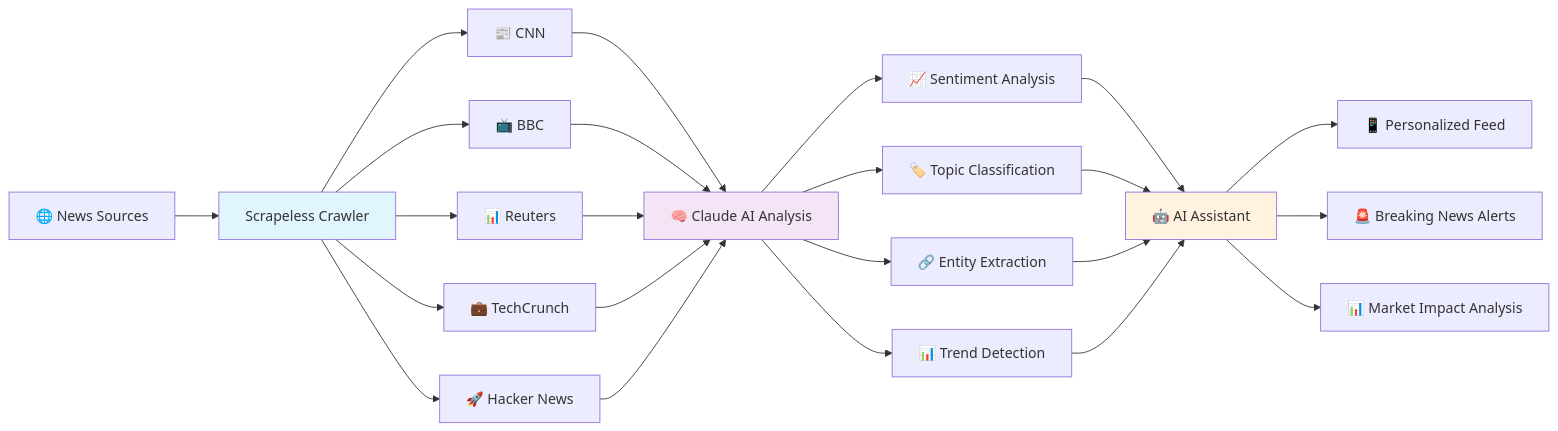
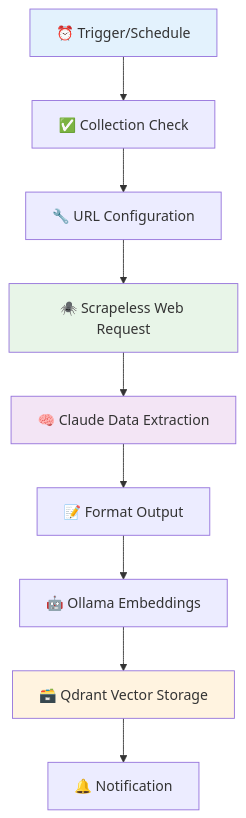
Before and after one commit to itsOwen/scrapeless: the fourth of 10 diagrams in README.md, drawn with Mermaid. The commit also changed other lines of this file, not shown here.

````diff
--- a/README.md
+++ b/README.md
@@ -733,34 +822,16 @@
 ```mermaid
-flowchart LR
-    A[🌐 News Sources] --> B[Scrapeless Crawler]
+flowchart TD
+    A[⏰ Trigger/Schedule] --> B[✅ Collection Check]
+    B --> C[🔧 URL Configuration]
+    C --> D[🕷️ Scrapeless Web Request]
+    D --> E[🧠 Claude Data Extraction]
+    E --> F[📝 Format Output]
+    F --> G[🤖 Ollama Embeddings]
+    G --> H[🗃️ Qdrant Vector Storage]
+    H --> I[🔔 Notification]
     
-    B --> C[📰 CNN]
-    B --> D[📺 BBC] 
-    B --> E[📊 Reuters]
-    B --> F[💼 TechCrunch]
-    B --> G[🚀 Hacker News]
-    
-    C --> H[🧠 Claude AI Analysis]
-    D --> H
-    E --> H
-    F --> H
-    G --> H
-    
-    H --> I[📈 Sentiment Analysis]
-    H --> J[🏷️ Topic Classification]
-    H --> K[🔗 Entity Extraction]
-    H --> L[📊 Trend Detection]
-    
-    I --> M[🤖 AI Assistant]
-    J --> M
-    K --> M
-    L --> M
-    
-    M --> N[📱 Personalized Feed]
-    M --> O[🚨 Breaking News Alerts]
-    M --> P[📊 Market Impact Analysis]
-    
-    style B fill:#e1f5fe
-    style H fill:#f3e5f5
-    style M fill:#fff3e0
+    style A fill:#e3f2fd
+    style D fill:#e8f5e8
+    style E fill:#f3e5f5
+    style H fill:#fff3e0
 ```
````
